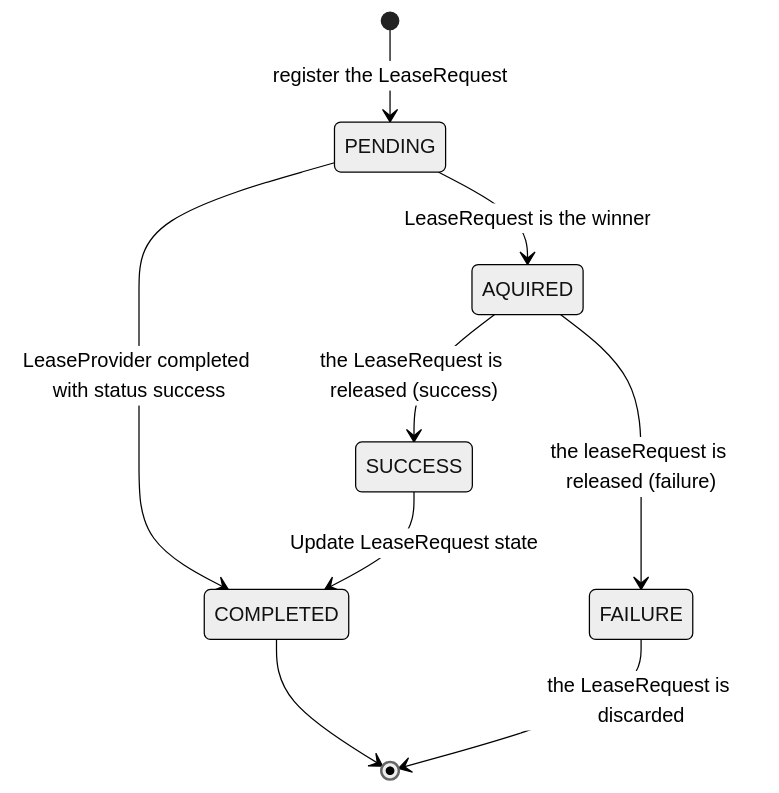
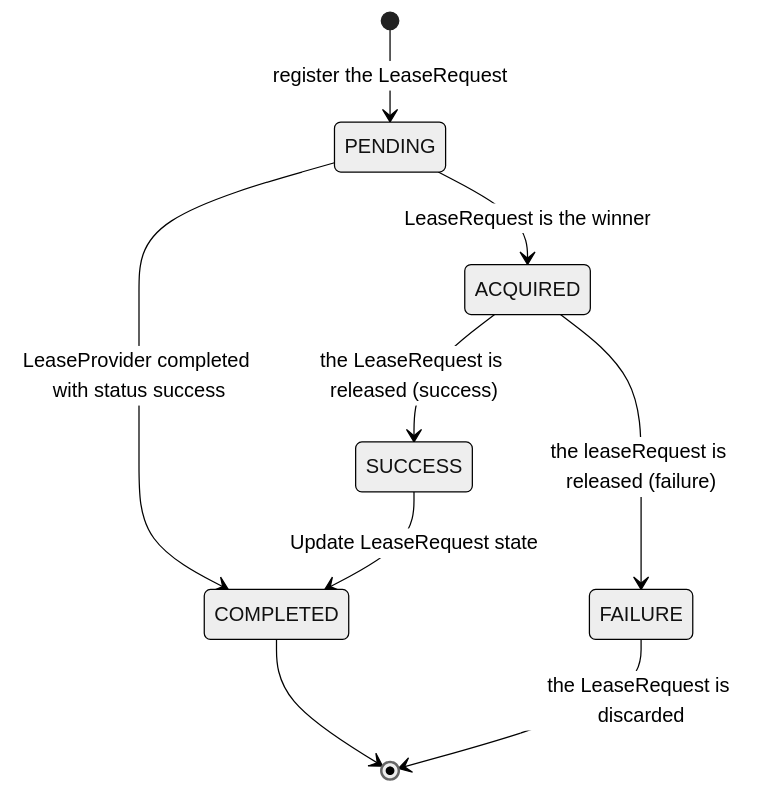
One commit to ankorstore/mq-lease-service changed the first of 3 diagrams in Readme.md. Above: the diagram before and after it, drawn with Mermaid (neutral theme). The commit also changed other lines of this file and 7 other files, not shown here.

````diff
--- a/Readme.md
+++ b/Readme.md
@@ -35,11 +35,11 @@
 ```mermaid
 stateDiagram-v2
     [*] --> PENDING: register the LeaseRequest
-    PENDING --> AQUIRED: LeaseRequest is the winner
+    PENDING --> ACQUIRED: LeaseRequest is the winner
     PENDING --> COMPLETED: LeaseProvider completed with status success
     COMPLETED --> [*]
-    AQUIRED --> SUCCESS: the LeaseRequest is released (success)
-    AQUIRED --> FAILURE: the leaseRequest is released (failure)
+    ACQUIRED --> SUCCESS: the LeaseRequest is released (success)
+    ACQUIRED --> FAILURE: the leaseRequest is released (failure)
     SUCCESS --> COMPLETED: Update LeaseRequest state
     FAILURE --> [*]: the LeaseRequest is discarded
 ```
````
